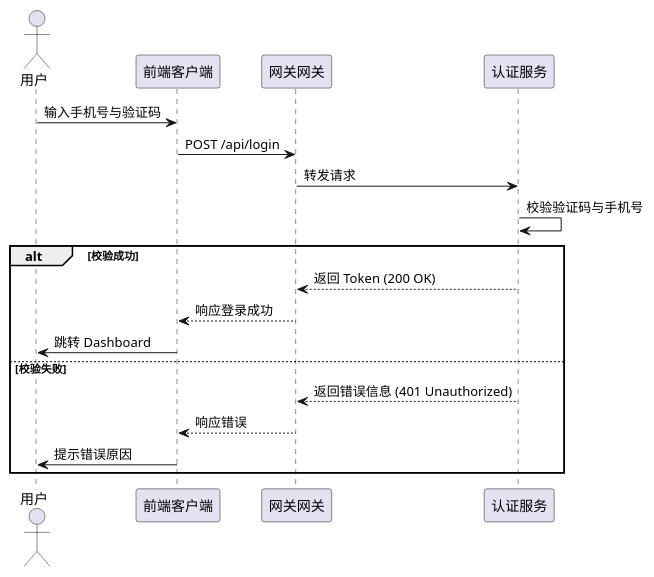
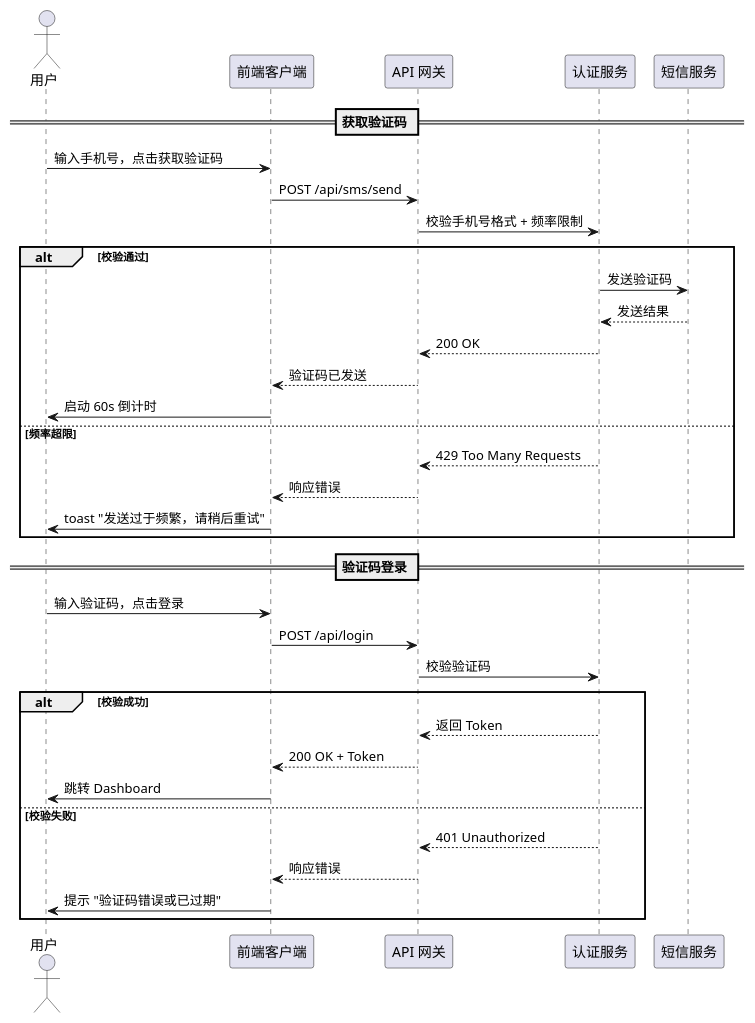
The second of 2 diagrams in assets/docs-templates/prd-demo/PRD.md (TheGoldenWave/bootstrap-agentic-project), drawn with PlantUML before and after one commit. The commit also changed other lines of this file, not shown here.

````diff
--- a/assets/docs-templates/prd-demo/PRD.md
+++ b/assets/docs-templates/prd-demo/PRD.md
@@ -23,22 +38,39 @@
 ```plantuml
 @startuml
 actor 用户 as user
 participant "前端客户端" as client
-participant "网关网关" as gateway
+participant "API 网关" as gateway
 participant "认证服务" as auth
+participant "短信服务" as sms
 
-user -> client: 输入手机号与验证码
+== 获取验证码 ==
+user -> client: 输入手机号，点击获取验证码
+client -> gateway: POST /api/sms/send
+gateway -> auth: 校验手机号格式 + 频率限制
+alt 校验通过
+    auth -> sms: 发送验证码
+    sms --> auth: 发送结果
+    auth --> gateway: 200 OK
+    gateway --> client: 验证码已发送
+    client -> user: 启动 60s 倒计时
+else 频率超限
+    auth --> gateway: 429 Too Many Requests
+    gateway --> client: 响应错误
+    client -> user: toast "发送过于频繁，请稍后重试"
+end
+
+== 验证码登录 ==
+user -> client: 输入验证码，点击登录
 client -> gateway: POST /api/login
-gateway -> auth: 转发请求
-auth -> auth: 校验验证码与手机号
+gateway -> auth: 校验验证码
 alt 校验成功
-    auth --> gateway: 返回 Token (200 OK)
-    gateway --> client: 响应登录成功
+    auth --> gateway: 返回 Token
+    gateway --> client: 200 OK + Token
     client -> user: 跳转 Dashboard
 else 校验失败
-    auth --> gateway: 返回错误信息 (401 Unauthorized)
+    auth --> gateway: 401 Unauthorized
     gateway --> client: 响应错误
-    client -> user: 提示错误原因
+    client -> user: 提示 "验证码错误或已过期"
 end
 @enduml
 ```
````
